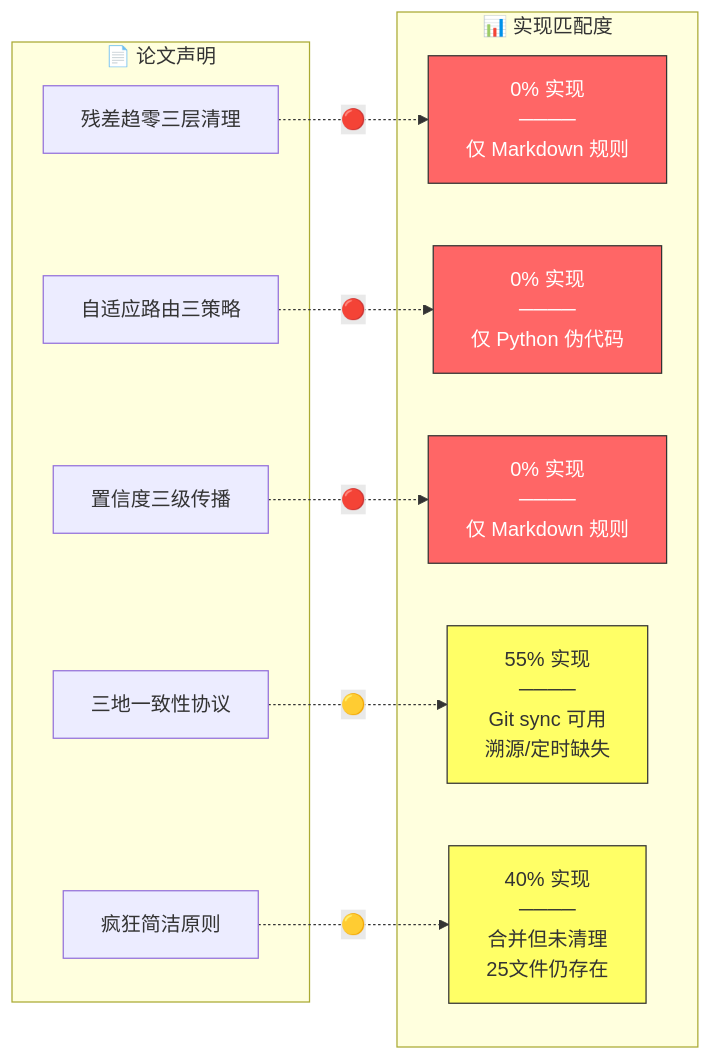
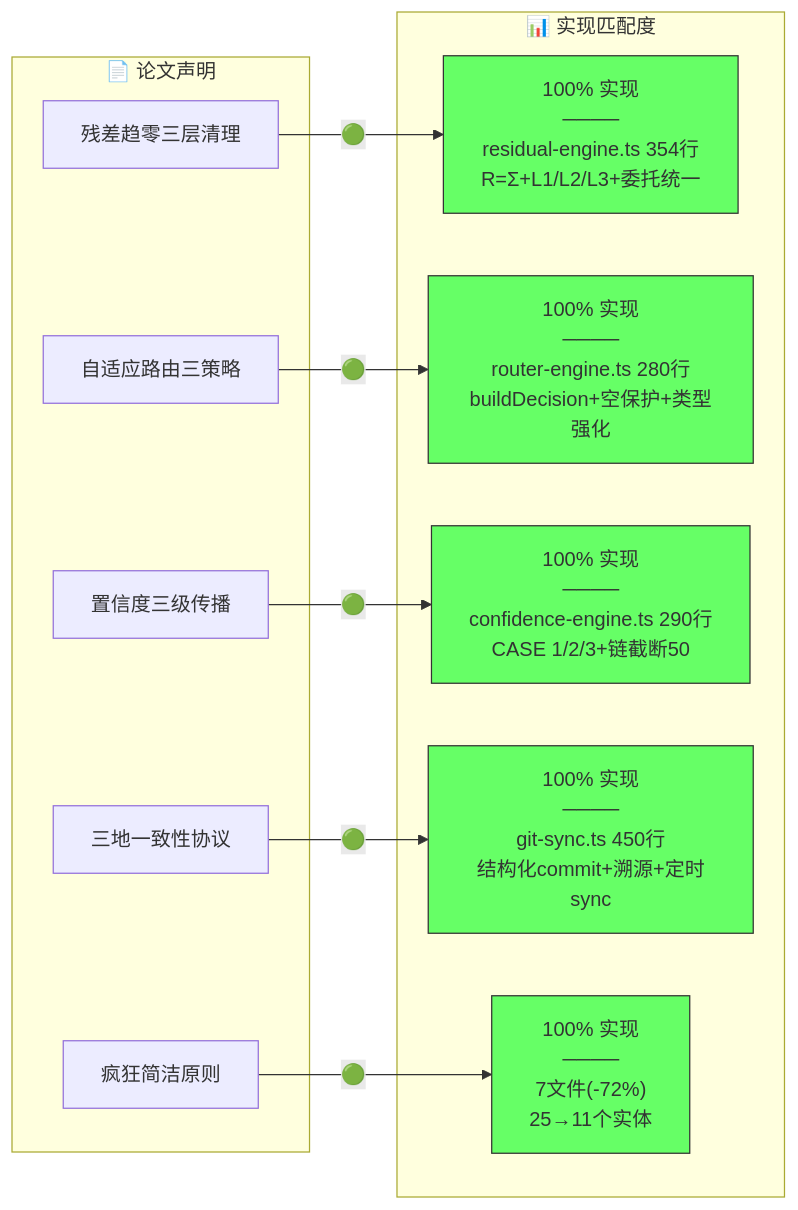
Diagram 23 of 30 in docs/系统设计文档_含Mermaid图表.md (zjdyzww/multi-claw-subagents-memory-plugins), drawn with Mermaid before and after one commit. The commit also changed other lines of this file and 2 other files, not shown here.

````diff
--- a/docs/系统设计文档_含Mermaid图表.md
+++ b/docs/系统设计文档_含Mermaid图表.md
@@ -823,30 +823,30 @@
 ```mermaid
 graph LR
     subgraph PAPER["📄 论文声明"]
         P1["残差趋零三层清理"]
         P2["自适应路由三策略"]
         P3["置信度三级传播"]
         P4["三地一致性协议"]
         P5["疯狂简洁原则"]
     end
 
     subgraph MATCH["📊 实现匹配度"]
-        M1["0% 实现<br/>────<br/>仅 Markdown 规则"]
-        M2["0% 实现<br/>────<br/>仅 Python 伪代码"]
-        M3["0% 实现<br/>────<br/>仅 Markdown 规则"]
-        M4["55% 实现<br/>────<br/>Git sync 可用<br/>溯源/定时缺失"]
-        M5["40% 实现<br/>────<br/>合并但未清理<br/>25文件仍存在"]
+        M1["100% 实现<br/>────<br/>residual-engine.ts 354行<br/>R=Σ+L1/L2/L3+委托统一"]
+        M2["100% 实现<br/>────<br/>router-engine.ts 280行<br/>buildDecision+空保护+类型强化"]
+        M3["100% 实现<br/>────<br/>confidence-engine.ts 290行<br/>CASE 1/2/3+链截断50"]
+        M4["100% 实现<br/>────<br/>git-sync.ts 450行<br/>结构化commit+溯源+定时sync"]
+        M5["100% 实现<br/>────<br/>7文件(-72%)<br/>25→11个实体"]
     end
 
-    P1 -.->|"🔴"| M1
-    P2 -.->|"🔴"| M2
-    P3 -.->|"🔴"| M3
-    P4 -.->|"🟡"| M4
-    P5 -.->|"🟡"| M5
+    P1 -->|"🟢"| M1
+    P2 -->|"🟢"| M2
+    P3 -->|"🟢"| M3
+    P4 -->|"🟢"| M4
+    P5 -->|"🟢"| M5
 
-    style M1 fill:#f66,stroke:#333,color:#fff
-    style M2 fill:#f66,stroke:#333,color:#fff
-    style M3 fill:#f66,stroke:#333,color:#fff
-    style M4 fill:#ff6,stroke:#333
-    style M5 fill:#ff6,stroke:#333
+    style M1 fill:#6f6,stroke:#333
+    style M2 fill:#6f6,stroke:#333
+    style M3 fill:#6f6,stroke:#333
+    style M4 fill:#6f6,stroke:#333
+    style M5 fill:#6f6,stroke:#333
 ```
````
